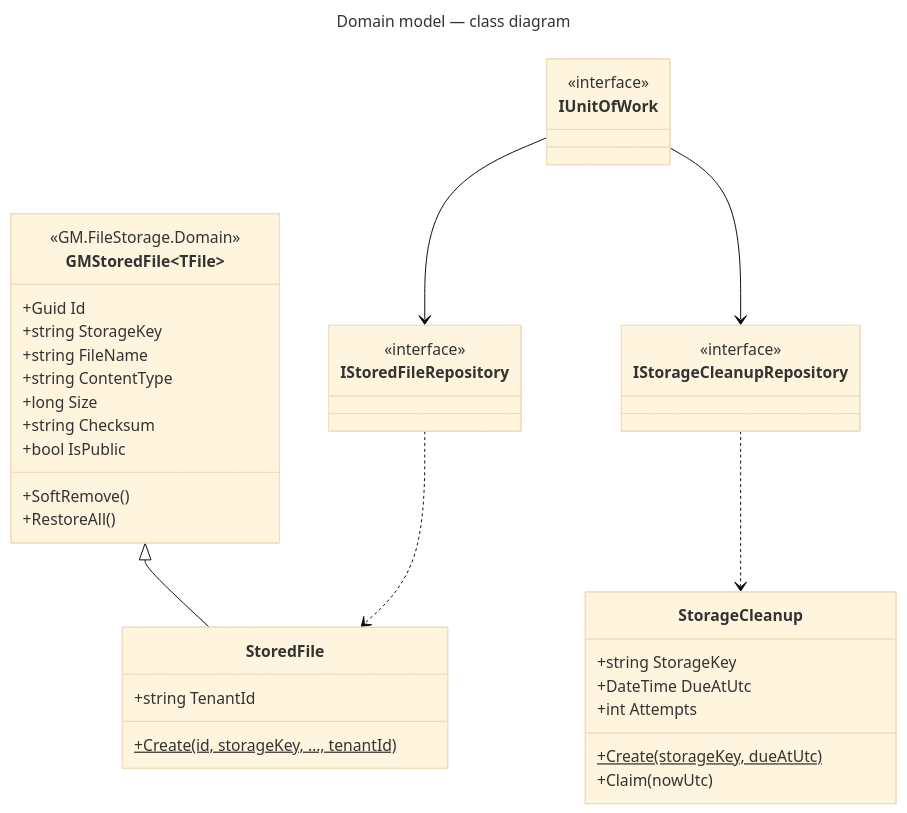
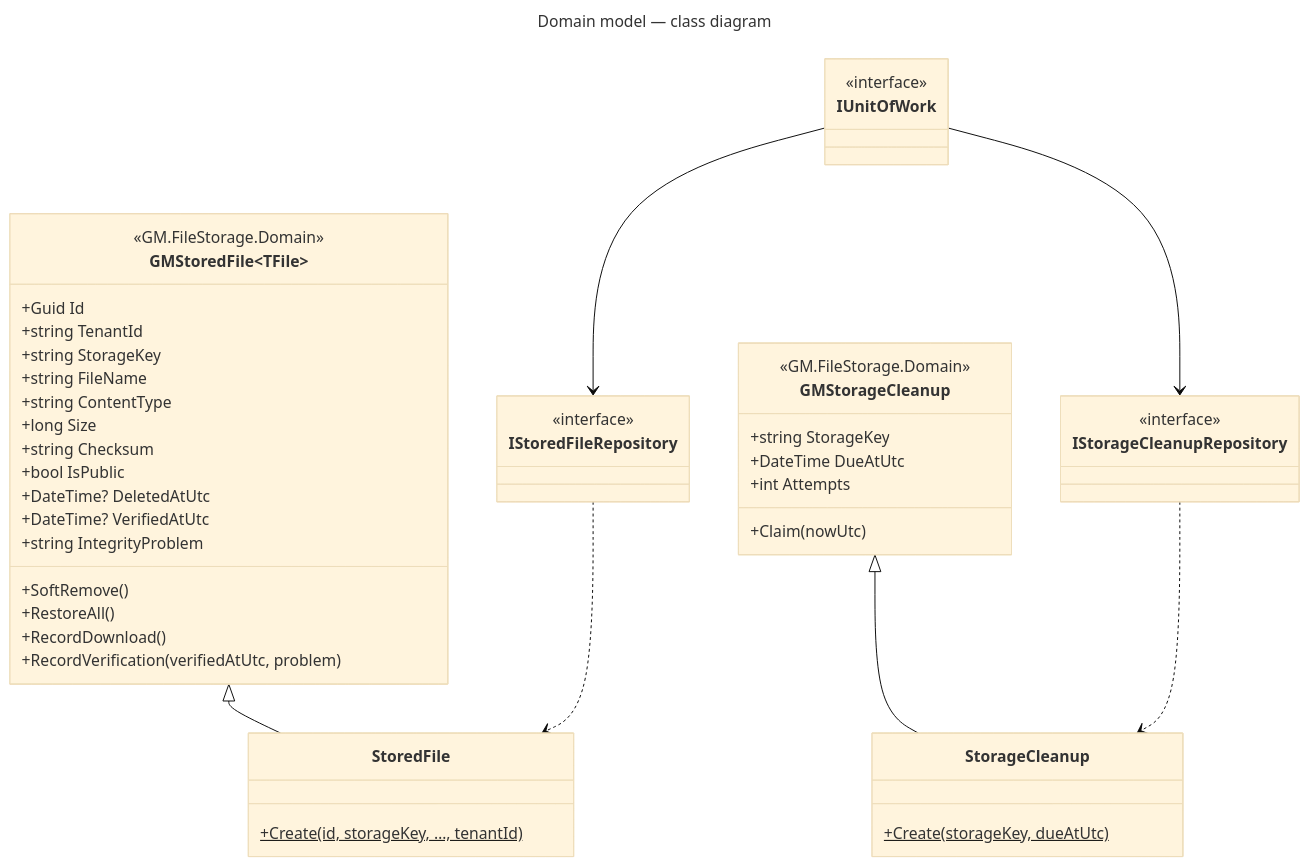
Before and after one commit to gmetskhvarishvili/GM.FileStorage.Samples: the sixth of 6 diagrams in docs/dependencies.md, drawn with Mermaid (base theme). The commit also changed other lines of this file and 13 other files, not shown here.

First line of the commit message:
refactor!: StoredFile and StorageCleanup keep only constructors and Create

````diff
--- a/docs/dependencies.md
+++ b/docs/dependencies.md
@@ -255,46 +255,55 @@
 ```mermaid
 ---
 title: Domain model — class diagram
 ---
 classDiagram
     direction TB
 
     class GMStoredFile~TFile~ {
         <<GM.FileStorage.Domain>>
         +Guid Id
+        +string TenantId
         +string StorageKey
         +string FileName
         +string ContentType
         +long Size
         +string Checksum
         +bool IsPublic
+        +DateTime? DeletedAtUtc
+        +DateTime? VerifiedAtUtc
+        +string IntegrityProblem
         +SoftRemove()
         +RestoreAll()
+        +RecordDownload()
+        +RecordVerification(verifiedAtUtc, problem)
+    }
+    class GMStorageCleanup {
+        <<GM.FileStorage.Domain>>
+        +string StorageKey
+        +DateTime DueAtUtc
+        +int Attempts
+        +Claim(nowUtc)
     }
     class StoredFile {
-        +string TenantId
         +Create(id, storageKey, …, tenantId)$
     }
     class StorageCleanup {
-        +string StorageKey
-        +DateTime DueAtUtc
-        +int Attempts
         +Create(storageKey, dueAtUtc)$
-        +Claim(nowUtc)
     }
     class IUnitOfWork {
         <<interface>>
     }
     class IStoredFileRepository {
         <<interface>>
     }
     class IStorageCleanupRepository {
         <<interface>>
     }
 
     GMStoredFile <|-- StoredFile
+    GMStorageCleanup <|-- StorageCleanup
     IUnitOfWork --> IStoredFileRepository
     IUnitOfWork --> IStorageCleanupRepository
     IStoredFileRepository ..> StoredFile
     IStorageCleanupRepository ..> StorageCleanup
 ```
````
